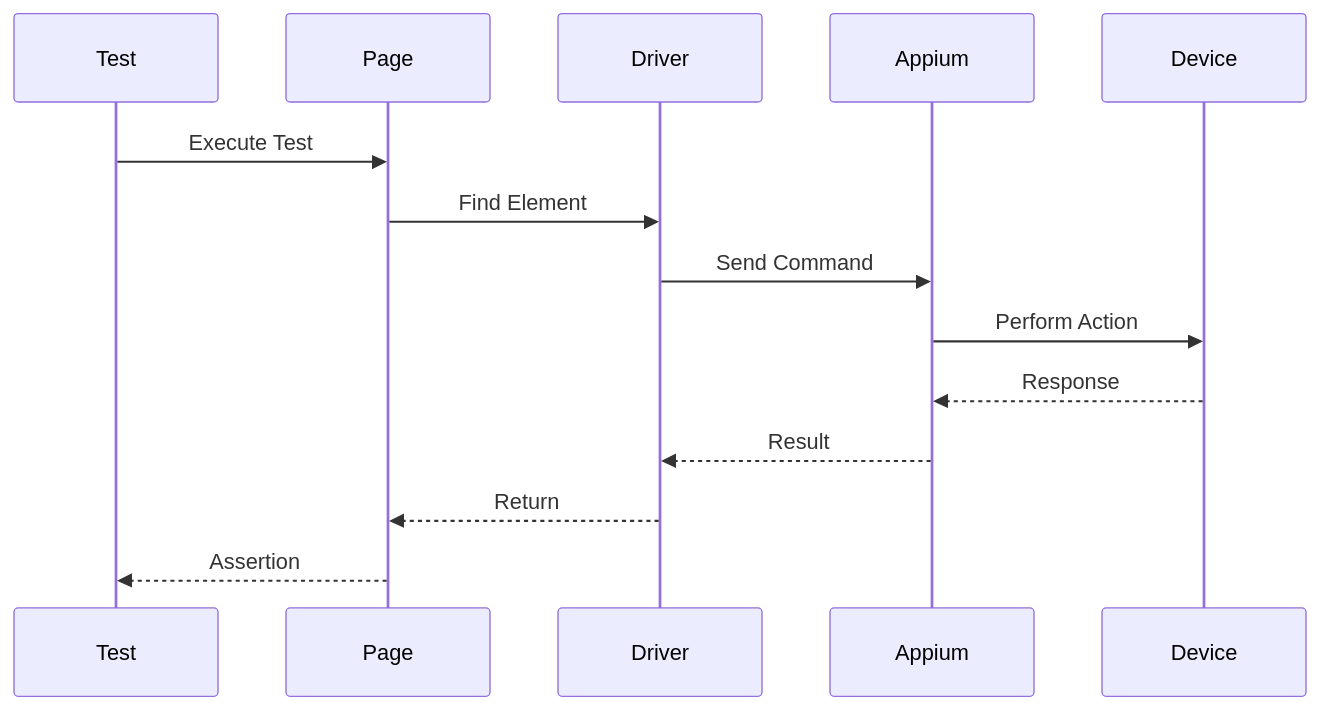
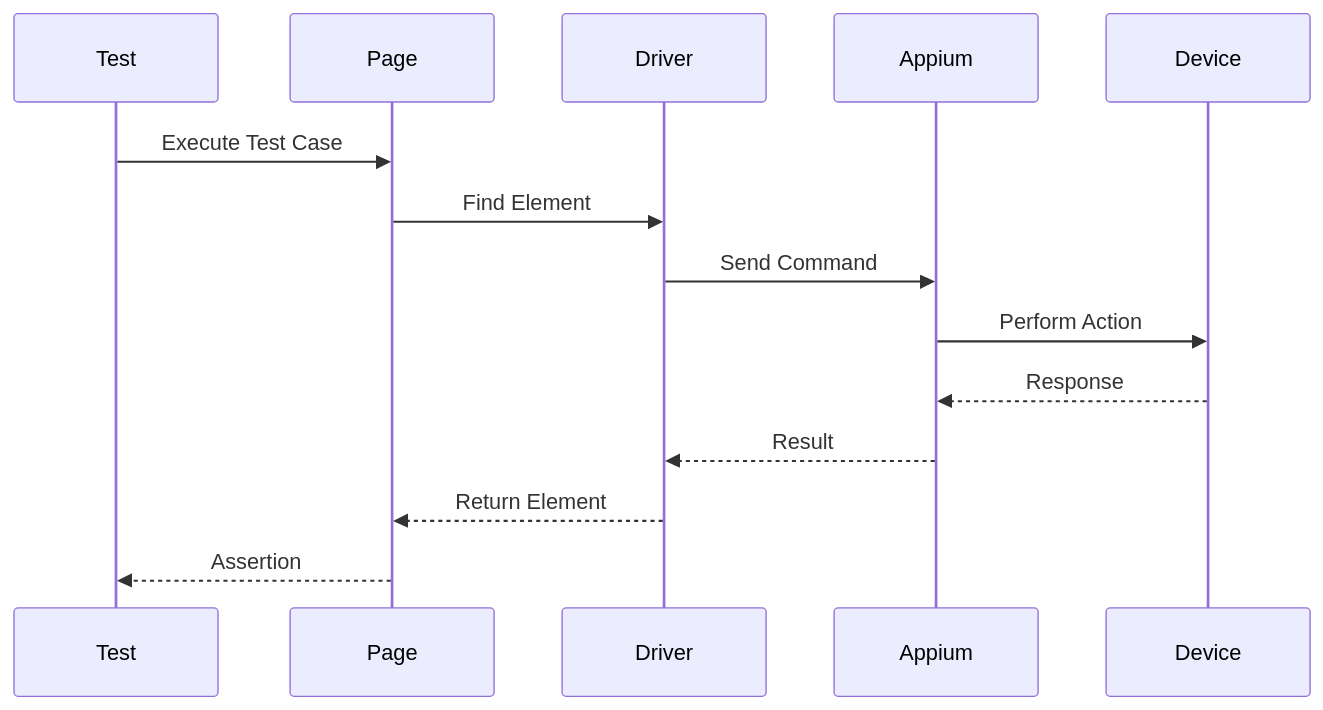
One commit to naufalazhar65/MOBILE-AUTOMATION-PYTHON changed the second of 3 diagrams in README.md. Above: the diagram before and after it, drawn with Mermaid. The commit also changed other lines of this file and 14 other files, not shown here.

````diff
--- a/README.md
+++ b/README.md
@@ -153,18 +238,18 @@
 ```mermaid
 sequenceDiagram
 
 participant Test
 participant Page
 participant Driver
 participant Appium
 participant Device
 
-Test->>Page: Execute Test
+Test->>Page: Execute Test Case
 Page->>Driver: Find Element
 Driver->>Appium: Send Command
 Appium->>Device: Perform Action
 Device-->>Appium: Response
 Appium-->>Driver: Result
-Driver-->>Page: Return
+Driver-->>Page: Return Element
 Page-->>Test: Assertion
 ```
````
